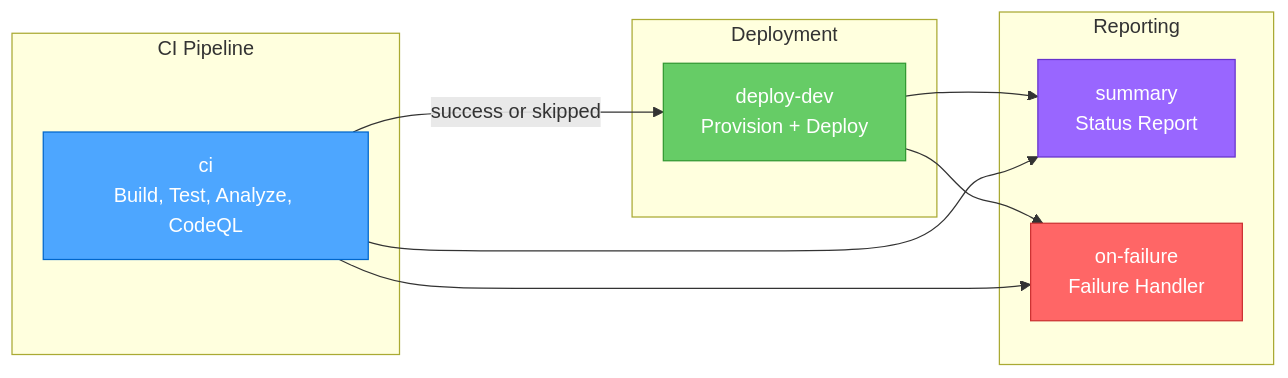
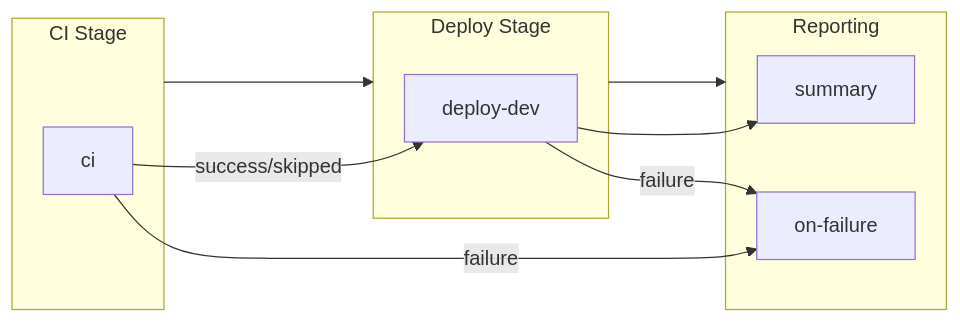
Before and after one commit to Evilazaro/Azure-LogicApps-Monitoring: the diagram in docs/devops/github-actions-azure-dev.md, drawn with Mermaid. The commit also changed other lines of this file, not shown here.

Commit message:
docs: Standardize section headings for clarity and consistency in Azure deployment workflow documentation

````diff
--- a/docs/devops/github-actions-azure-dev.md
+++ b/docs/devops/github-actions-azure-dev.md
@@ -66,26 +65,21 @@
 ```mermaid
 flowchart LR
-    subgraph ci-pipeline ["CI Pipeline"]
-        ci["ci<br/>Build, Test, Analyze, CodeQL"]
+    subgraph ci-stage["CI Stage"]
+        ci["ci"]
     end
     
-    subgraph deployment ["Deployment"]
-        deploy["deploy-dev<br/>Provision + Deploy"]
+    subgraph deploy-stage["Deploy Stage"]
+        deploy-dev["deploy-dev"]
     end
     
-    subgraph reporting ["Reporting"]
-        summary["summary<br/>Status Report"]
-        failure["on-failure<br/>Failure Handler"]
+    subgraph reporting["Reporting"]
+        summary["summary"]
+        on-failure["on-failure"]
     end
     
-    ci -->|success or skipped| deploy
-    deploy --> summary
-    ci --> summary
-    deploy --> failure
-    ci --> failure
-    
-    style ci fill:#4da6ff,stroke:#0066cc,color:#fff
-    style deploy fill:#66cc66,stroke:#339933,color:#fff
-    style summary fill:#9966ff,stroke:#6633cc,color:#fff
-    style failure fill:#ff6666,stroke:#cc3333,color:#fff
+    ci-stage --> deploy-stage
+    deploy-stage --> reporting
+    ci -->|success/skipped| deploy-dev
+    deploy-dev --> summary
+    ci & deploy-dev -->|failure| on-failure
 ```
````
